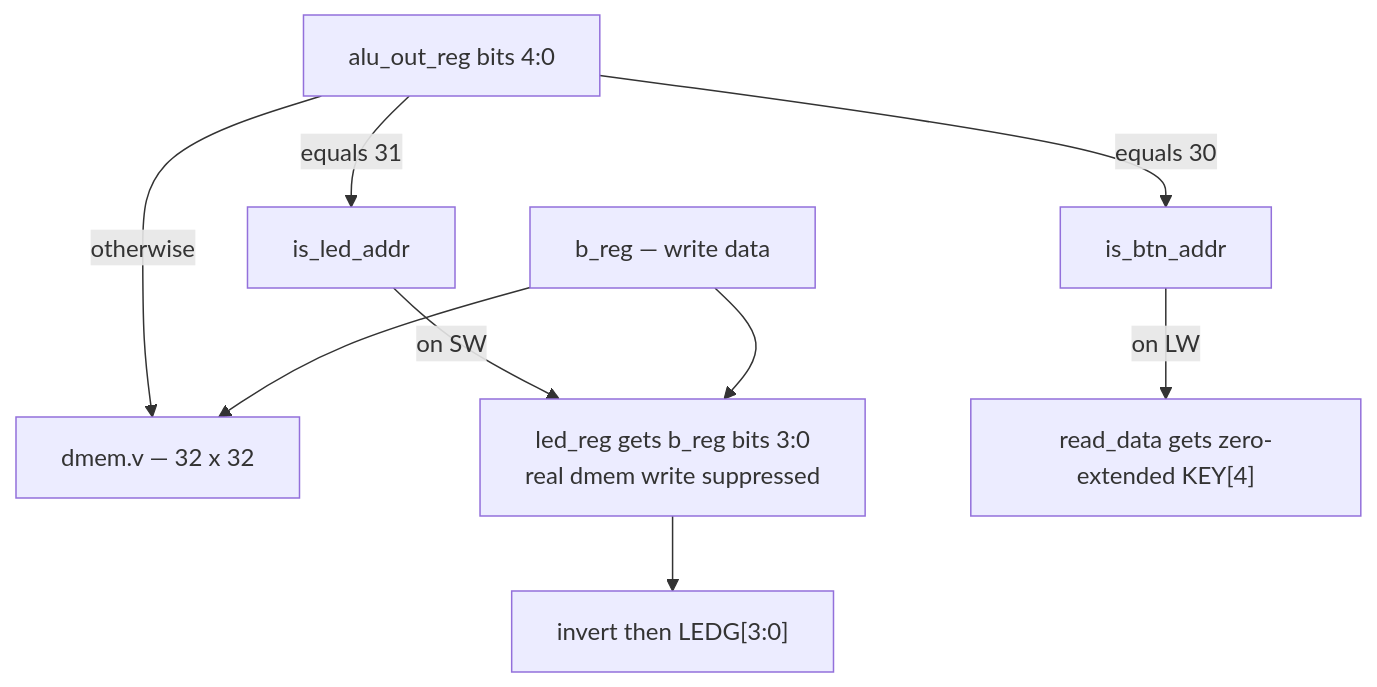
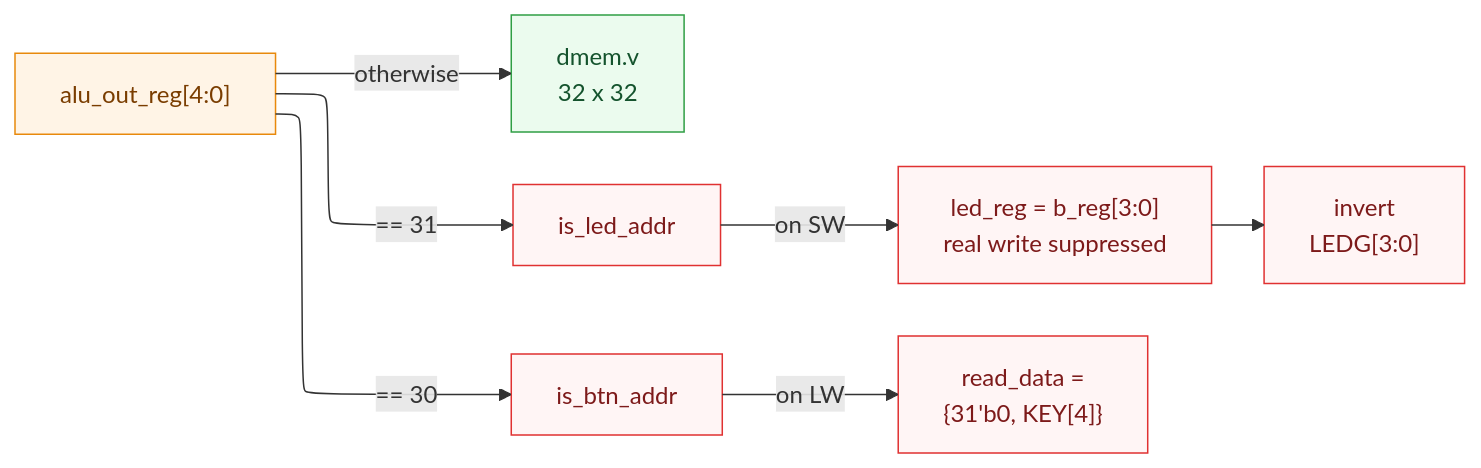
One commit to AtikRahat/mips-multi-cycle-cpu changed the seventh of 11 diagrams in ARCHITECTURE.md. Above: the diagram before and after it, drawn with Mermaid. The commit also changed other lines of this file and 13 other files, not shown here.

First line of the commit message:
Switch architecture diagrams to the ELK layout engine

````diff
--- a/ARCHITECTURE.md
+++ b/ARCHITECTURE.md
@@ -463,17 +459,22 @@
 ```mermaid
-flowchart TD
-    ADDR["alu_out_reg bits 4:0"]
+%%{init: {"flowchart": {"defaultRenderer": "elk"}} }%%
+flowchart LR
+    ADDR["alu_out_reg[4:0]"]
+    DM["dmem.v<br/>32 x 32"]
 
-    ADDR -->|"equals 31"| LEDA["is_led_addr"]
-    ADDR -->|"equals 30"| BTNA["is_btn_addr"]
-    ADDR -->|otherwise| REAL["dmem.v — 32 x 32"]
+    ADDR -->|"== 31"| LEDA["is_led_addr"]
+    ADDR -->|"== 30"| BTNA["is_btn_addr"]
+    ADDR -->|otherwise| DM
 
-    LEDA -->|"on SW"| LED["led_reg gets b_reg bits 3:0<br/>real dmem write suppressed"]
-    LED --> OUT["invert then LEDG[3:0]"]
+    LEDA -->|"on SW"| LED["led_reg = b_reg[3:0]<br/>real write suppressed"]
+    LED --> OUT["invert<br/>LEDG[3:0]"]
 
-    BTNA -->|"on LW"| BTN["read_data gets zero-extended KEY[4]"]
+    BTNA -->|"on LW"| BTN["read_data =<br/>{31'b0, KEY[4]}"]
 
-    BREG["b_reg — write data"]
-    BREG --> REAL
-    BREG --> LED
+    classDef store fill:#fff4e6,stroke:#e8890c,color:#7a3d00
+    classDef mem fill:#ebfbee,stroke:#2f9e44,color:#14532d
+    classDef io fill:#fff5f5,stroke:#e03131,color:#7d1a1a
+    class ADDR store
+    class DM mem
+    class LED,OUT,BTN,LEDA,BTNA io
 ```
````
